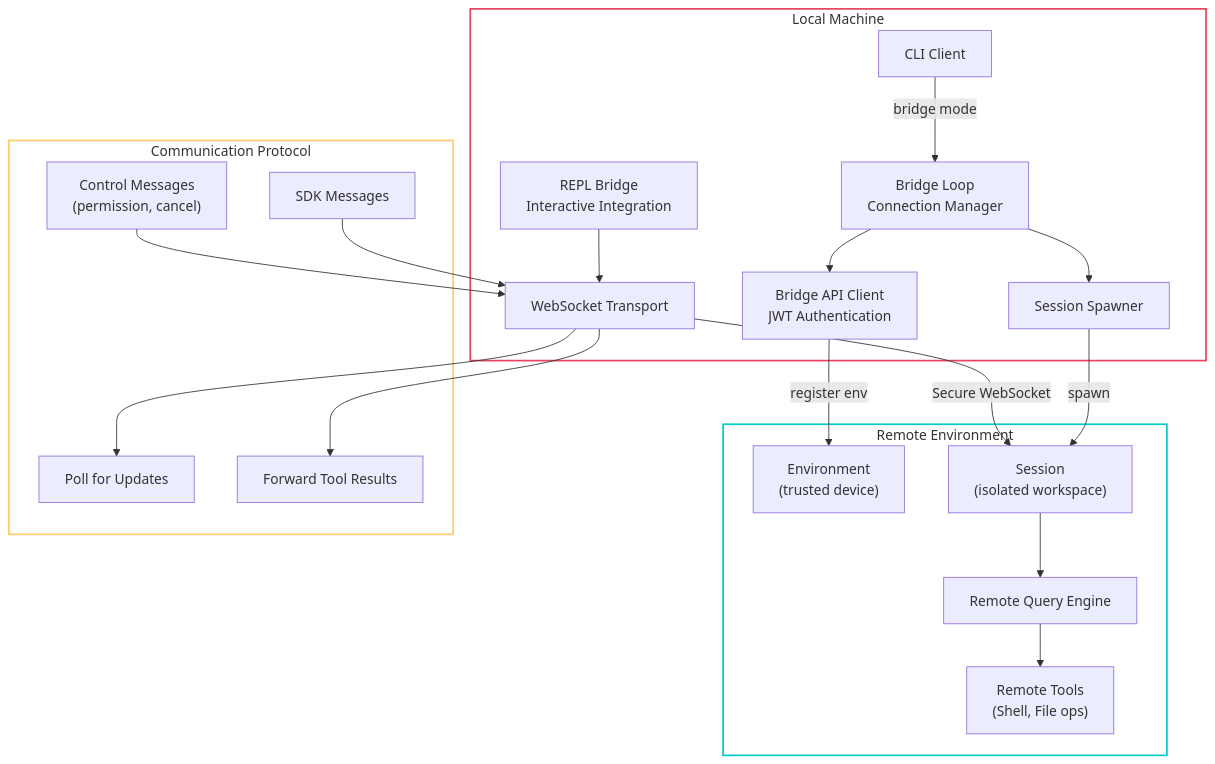
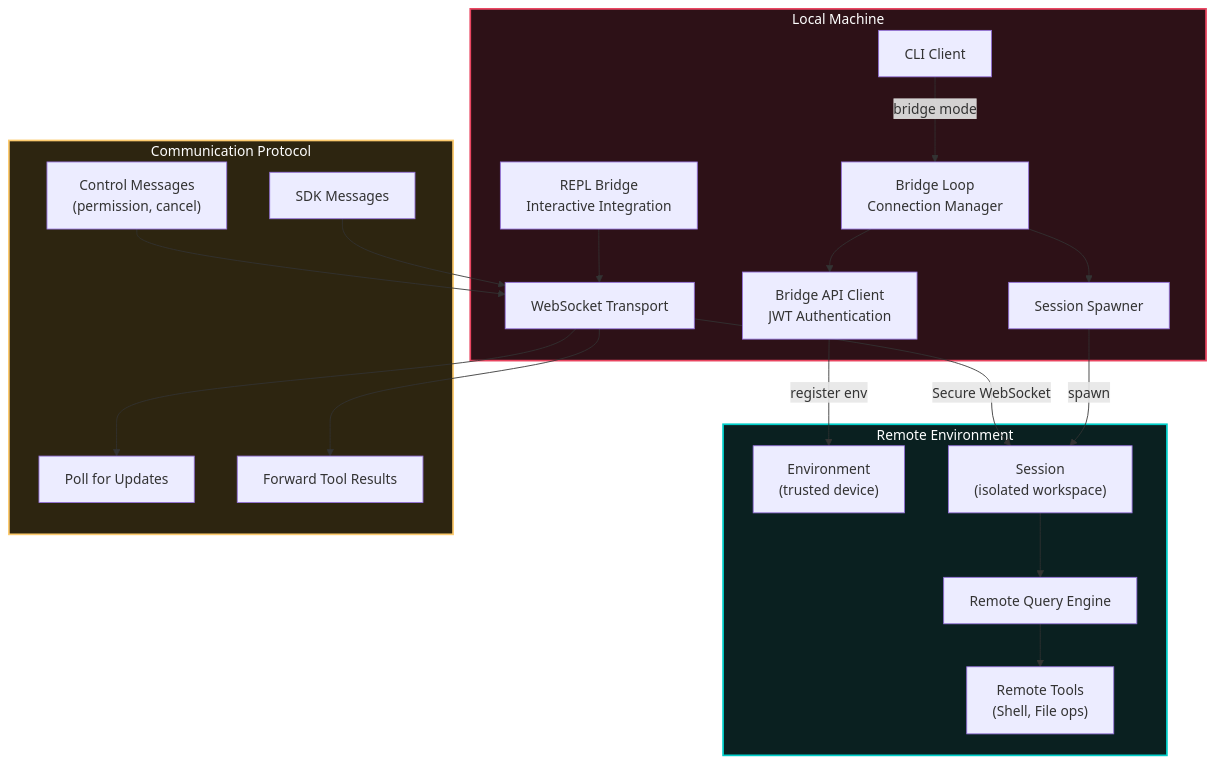
Before and after one commit to PavelValentov/multi-agent-architecture: diagram 11 of 14 in DIAGRAMS.md, drawn with Mermaid. The commit also changed other lines of this file, not shown here.

First line of the commit message:
Add consistent dark fills to all diagram subgraphs

````diff
--- a/DIAGRAMS.md
+++ b/DIAGRAMS.md
@@ -850,44 +866,44 @@
 ```mermaid
 graph TB
     subgraph Local["Local Machine"]
         LOCAL_CLI["CLI Client"]
         BRIDGE_MAIN["Bridge Loop<br/>Connection Manager"]
         BRIDGE_API["Bridge API Client<br/>JWT Authentication"]
         SESSION_RUN["Session Spawner"]
         REPL_BRIDGE["REPL Bridge<br/>Interactive Integration"]
         WS_TRANSPORT["WebSocket Transport"]
     end
 
     subgraph Remote["Remote Environment"]
         ENV["Environment<br/>(trusted device)"]
         SESSION["Session<br/>(isolated workspace)"]
         REMOTE_QE["Remote Query Engine"]
         REMOTE_TOOLS["Remote Tools<br/>(Shell, File ops)"]
     end
 
     subgraph Protocol["Communication Protocol"]
         SDK_MSG["SDK Messages"]
         CTRL_MSG["Control Messages<br/>(permission, cancel)"]
         POLL["Poll for Updates"]
         FORWARD["Forward Tool Results"]
     end
 
     LOCAL_CLI -->|"bridge mode"| BRIDGE_MAIN
     BRIDGE_MAIN --> BRIDGE_API
     BRIDGE_API -->|"register env"| ENV
     BRIDGE_MAIN --> SESSION_RUN
     SESSION_RUN -->|"spawn"| SESSION
     SESSION --> REMOTE_QE
     REMOTE_QE --> REMOTE_TOOLS
     REPL_BRIDGE --> WS_TRANSPORT
     WS_TRANSPORT -->|"Secure WebSocket"| SESSION
 
     SDK_MSG --> WS_TRANSPORT
     CTRL_MSG --> WS_TRANSPORT
     WS_TRANSPORT --> POLL
     WS_TRANSPORT --> FORWARD
 
-    style Local fill:transparent,stroke:#e94560,stroke-width:2px
-    style Remote fill:transparent,stroke:#00cec9,stroke-width:2px
-    style Protocol fill:transparent,stroke:#fdcb6e,stroke-width:2px
+    style Local fill:#2d1117,stroke:#e94560,stroke-width:2px,color:#fff
+    style Remote fill:#0a2020,stroke:#00cec9,stroke-width:2px,color:#fff
+    style Protocol fill:#2d2510,stroke:#fdcb6e,stroke-width:2px,color:#fff
 ```
````
